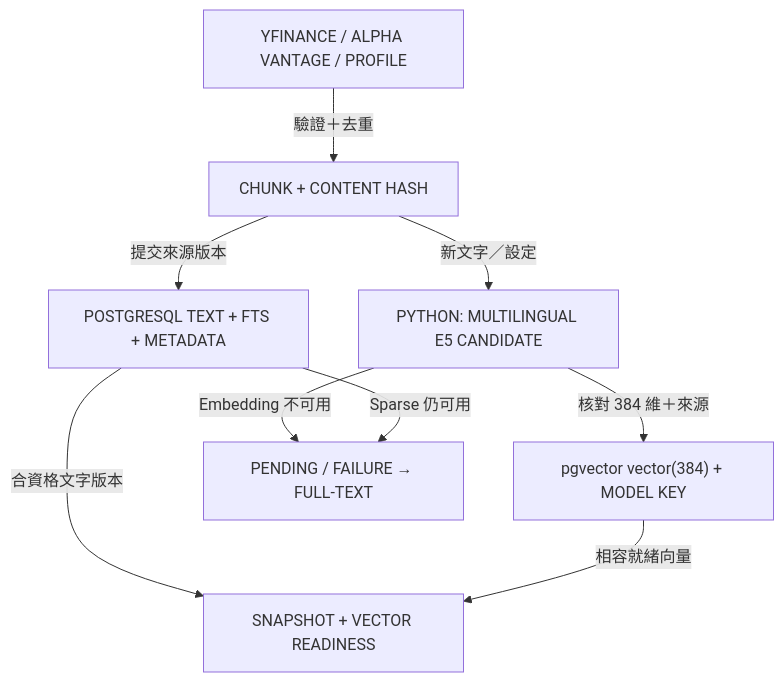
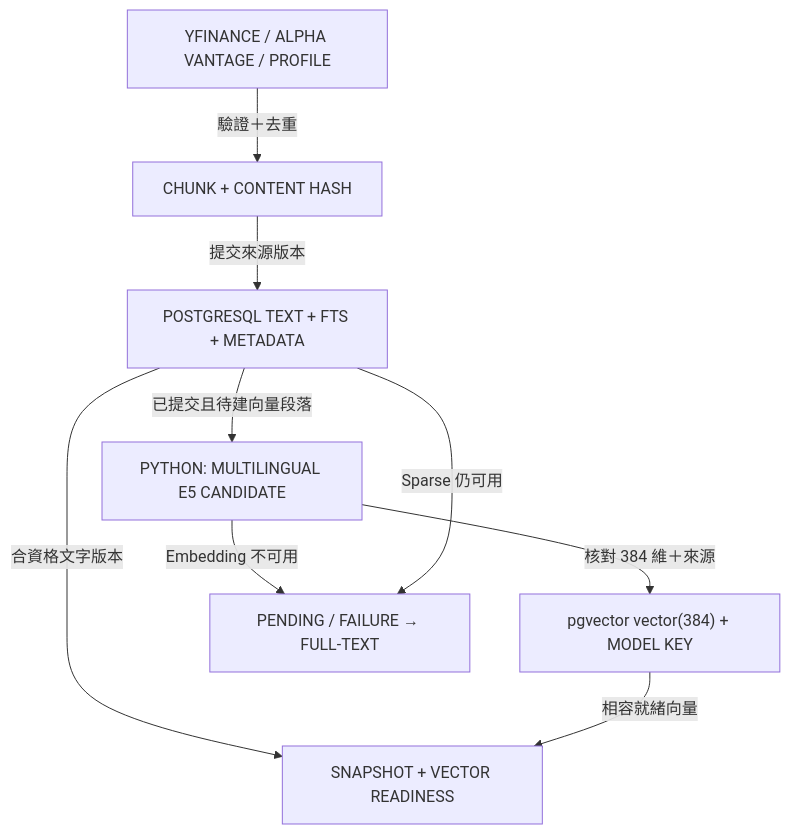
The diagram in public/downloads/finance-diagrams/vector_storage-zh.mmd (ByronHo68/ai-learning-academy), drawn with Mermaid before and after one commit. The commit also changed 6 other files, not shown here.

```diff
--- a/public/downloads/finance-diagrams/vector_storage-zh.mmd
+++ b/public/downloads/finance-diagrams/vector_storage-zh.mmd
@@ -1,16 +1,16 @@
 flowchart TD
   n0["YFINANCE / ALPHA VANTAGE / PROFILE"]
   n1["CHUNK + CONTENT HASH"]
   n2["PYTHON: MULTILINGUAL E5 CANDIDATE"]
   n3["POSTGRESQL TEXT + FTS + METADATA"]
   n4["pgvector vector(384) + MODEL KEY"]
   n5["SNAPSHOT + VECTOR READINESS"]
   n6["PENDING / FAILURE → FULL-TEXT"]
   n0 -- "驗證＋去重" --> n1
   n1 -- "提交來源版本" --> n3
-  n1 -- "新文字／設定" --> n2
+  n3 -- "已提交且待建向量段落" --> n2
   n2 -- "核對 384 維＋來源" --> n4
   n2 -- "Embedding 不可用" --> n6
   n3 -- "合資格文字版本" --> n5
   n4 -- "相容就緒向量" --> n5
   n3 -- "Sparse 仍可用" --> n6
```
